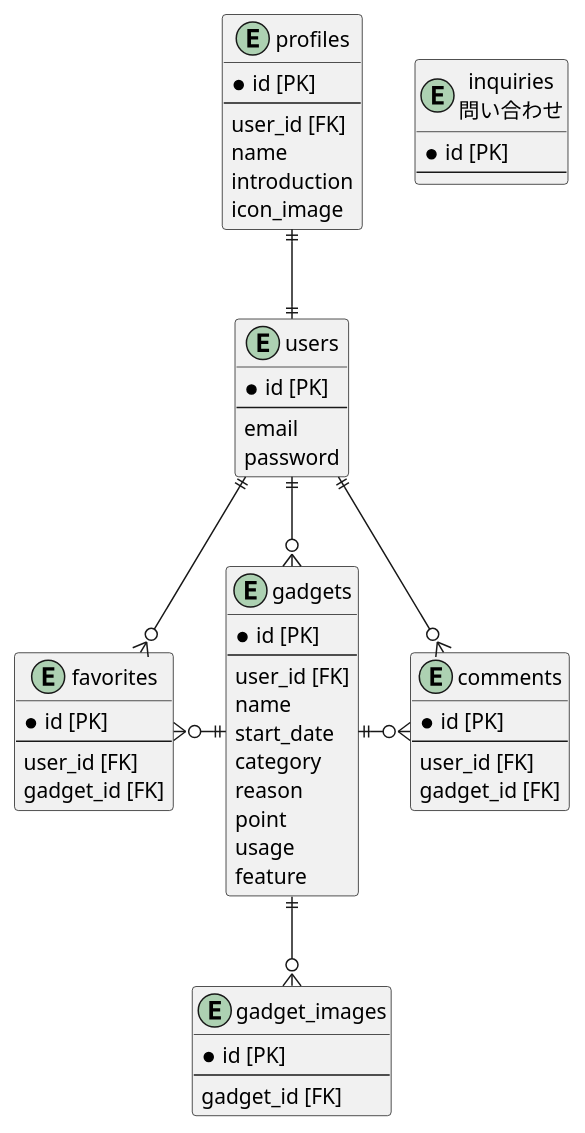
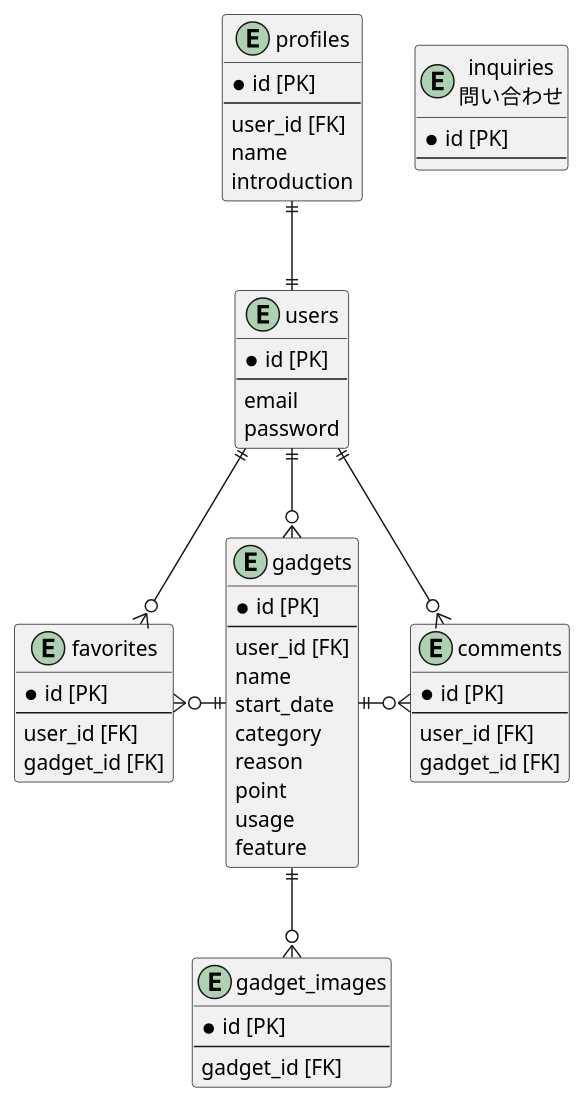
One commit to darutani/Portfolio-OshiGadge changed the diagram in erd.pu. Above: the diagram before and after it, drawn with PlantUML. The commit also changed 3 other files, not shown here.

```diff
--- a/erd.pu
+++ b/erd.pu
@@ -1,65 +1,64 @@
 @startuml OshiGadge
 
 entity users {
   *id [PK]
   --
   email
   password
 }
 
 entity profiles {
   *id [PK]
   --
   user_id [FK]
   name
   introduction
-  icon_image
 }
 
 entity gadgets {
   *id [PK]
   --
   user_id [FK]
   name
   start_date
   category
   reason
   point
   usage
   feature
 }
 
 entity favorites {
   *id [PK]
   --
   user_id [FK]
   gadget_id [FK]
 }
 
 entity comments {
   *id [PK]
   --
   user_id [FK]
   gadget_id [FK]
 }
 
 entity inquiries as "inquiries\n問い合わせ" {
   *id [PK]
   --
 }
 
 entity gadget_images {
   *id [PK]
   --
   gadget_id [FK]
 }
 
 users ||--o{ gadgets
 users ||-u-|| profiles
 users ||--o{ comments
 users ||--o{ favorites
 gadgets ||-r-o{ comments
 gadgets ||-d-o{ gadget_images
 gadgets ||-l-o{ favorites
 
 @enduml
```
